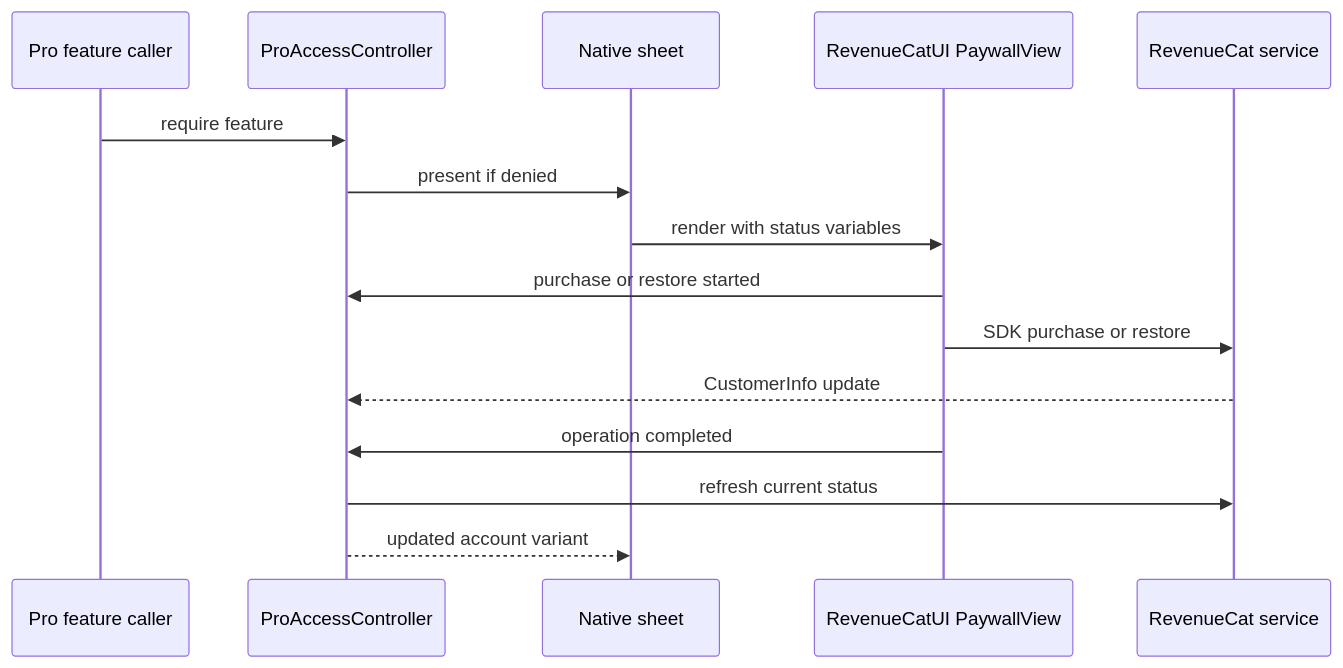
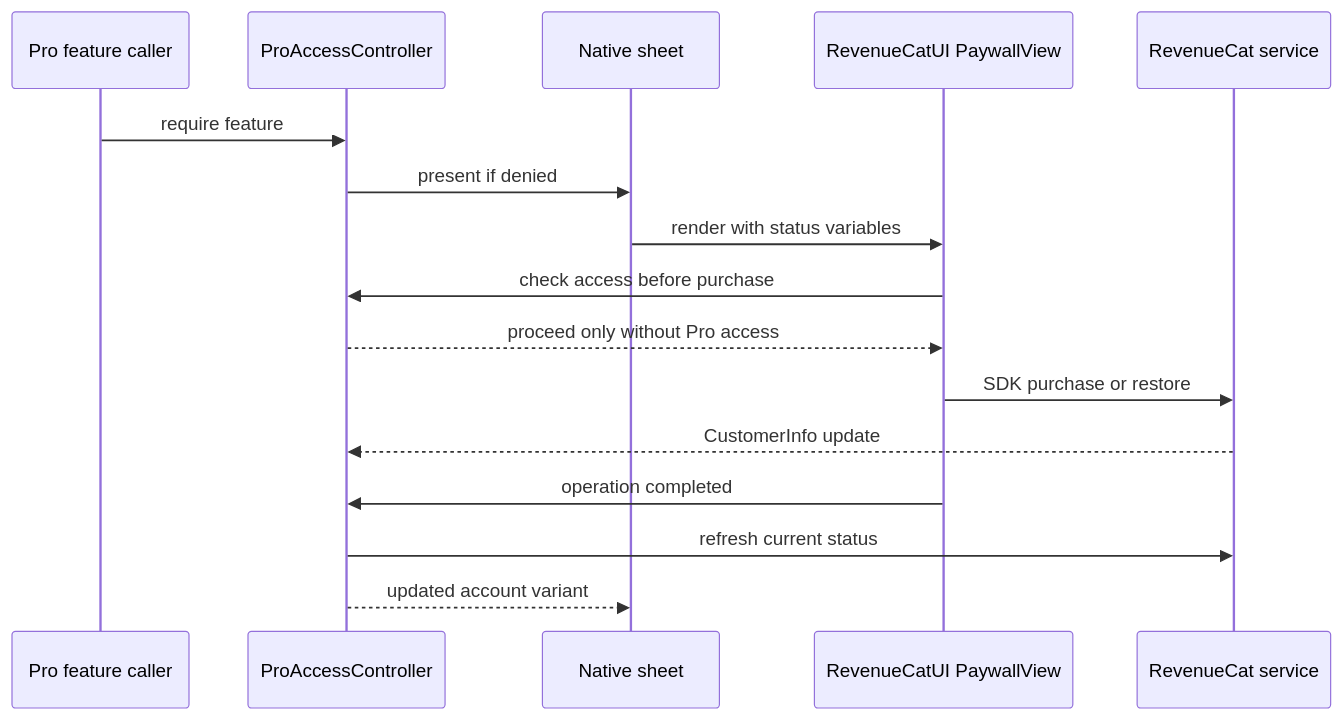
The second of 2 diagrams in openwiki/operations/storefront-commerce-release.md (AkinoKaede/Termind), drawn with Mermaid before and after one commit. The commit also changed other lines of this file and 63 other files, not shown here.

````diff
--- a/openwiki/operations/storefront-commerce-release.md
+++ b/openwiki/operations/storefront-commerce-release.md
@@ -149,17 +149,18 @@
 ```mermaid
 sequenceDiagram
     participant Feature as Pro feature caller
     participant Gate as ProAccessController
     participant Native as Native sheet
     participant UI as RevenueCatUI PaywallView
     participant RC as RevenueCat service
     Feature->>Gate: require feature
     Gate->>Native: present if denied
     Native->>UI: render with status variables
-    UI->>Gate: purchase or restore started
+    UI->>Gate: check access before purchase
+    Gate-->>UI: proceed only without Pro access
     UI->>RC: SDK purchase or restore
     RC-->>Gate: CustomerInfo update
     UI->>Gate: operation completed
     Gate->>RC: refresh current status
     Gate-->>Native: updated account variant
 ```
````
